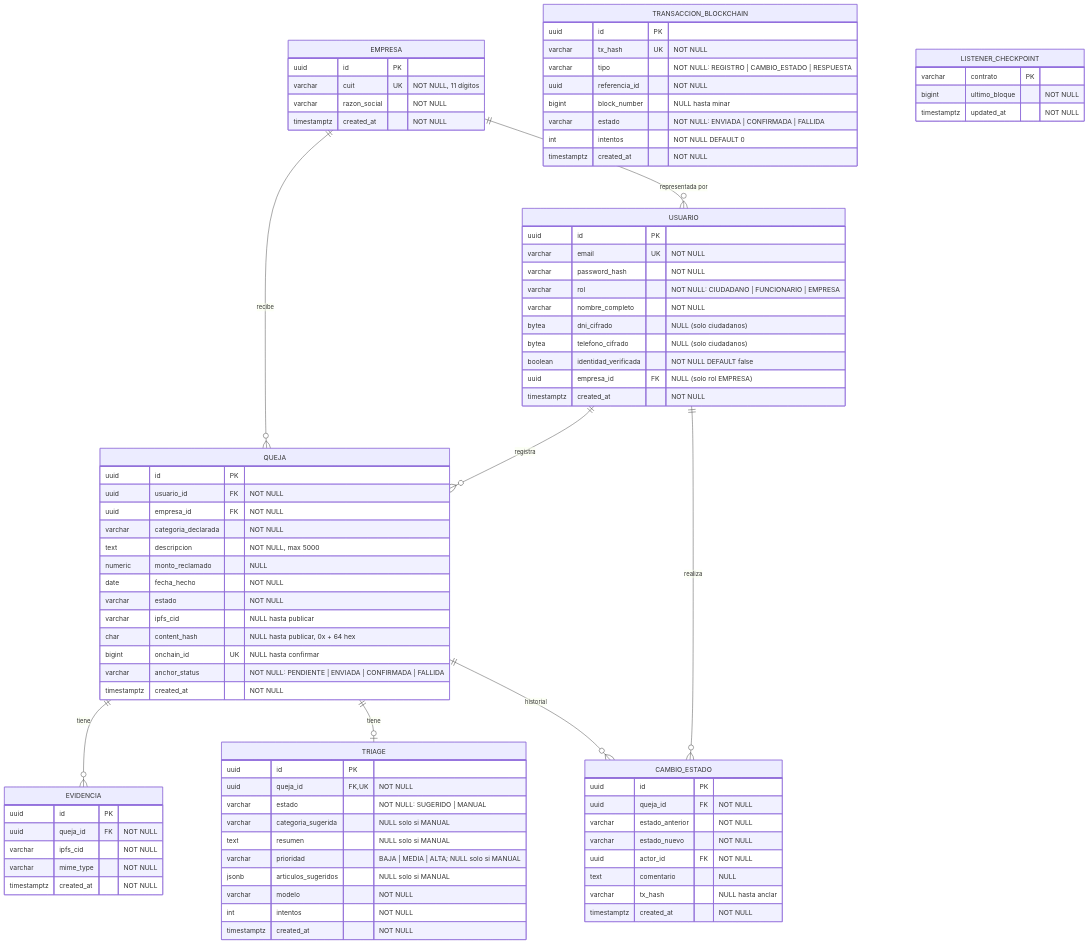
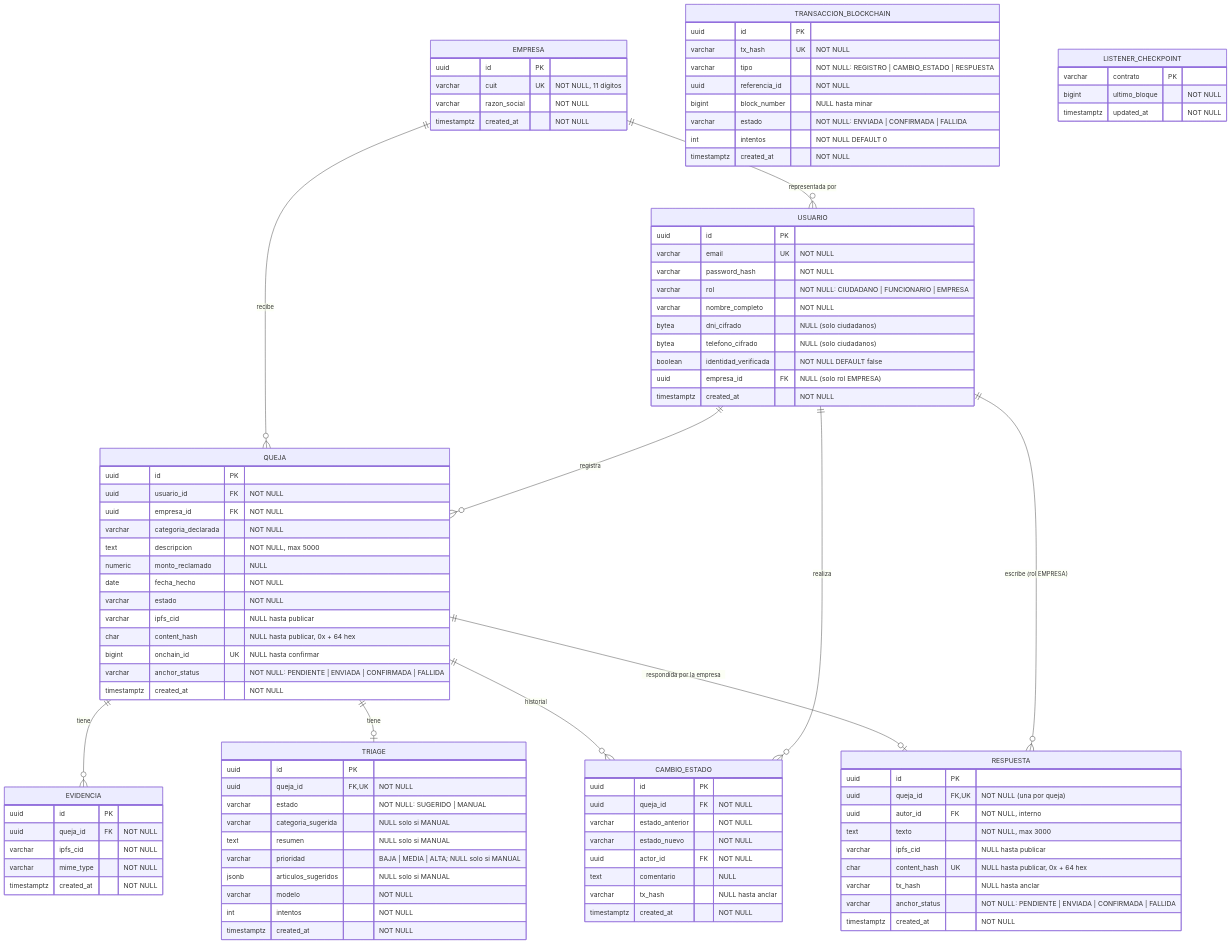
The second of 2 diagrams in readme.md (dalcorta/AI4Devs-finalproject), drawn with Mermaid before and after one commit. The commit also changed other lines of this file and 62 other files, not shown here.

First line of the commit message:
Agregar respuesta pública de la empresa anclada on-chain (HU-05)

````diff
--- a/readme.md
+++ b/readme.md
@@ -311,6 +313,17 @@
         varchar tx_hash "NULL hasta anclar"
         timestamptz created_at "NOT NULL"
     }
+    RESPUESTA {
+        uuid id PK
+        uuid queja_id FK,UK "NOT NULL (una por queja)"
+        uuid autor_id FK "NOT NULL, interno"
+        text texto "NOT NULL, max 3000"
+        varchar ipfs_cid "NULL hasta publicar"
+        char content_hash UK "NULL hasta publicar, 0x + 64 hex"
+        varchar tx_hash "NULL hasta anclar"
+        varchar anchor_status "NOT NULL: PENDIENTE | ENVIADA | CONFIRMADA | FALLIDA"
+        timestamptz created_at "NOT NULL"
+    }
     TRANSACCION_BLOCKCHAIN {
         uuid id PK
         varchar tx_hash UK "NOT NULL"
@@ -334,4 +347,6 @@
     QUEJA ||--o| TRIAGE : "tiene"
     QUEJA ||--o{ CAMBIO_ESTADO : "historial"
     USUARIO ||--o{ CAMBIO_ESTADO : "realiza"
+    QUEJA ||--o| RESPUESTA : "respondida por la empresa"
+    USUARIO ||--o{ RESPUESTA : "escribe (rol EMPRESA)"
 ```
````
